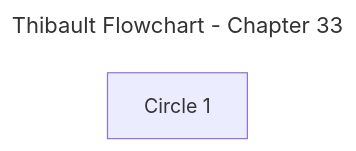
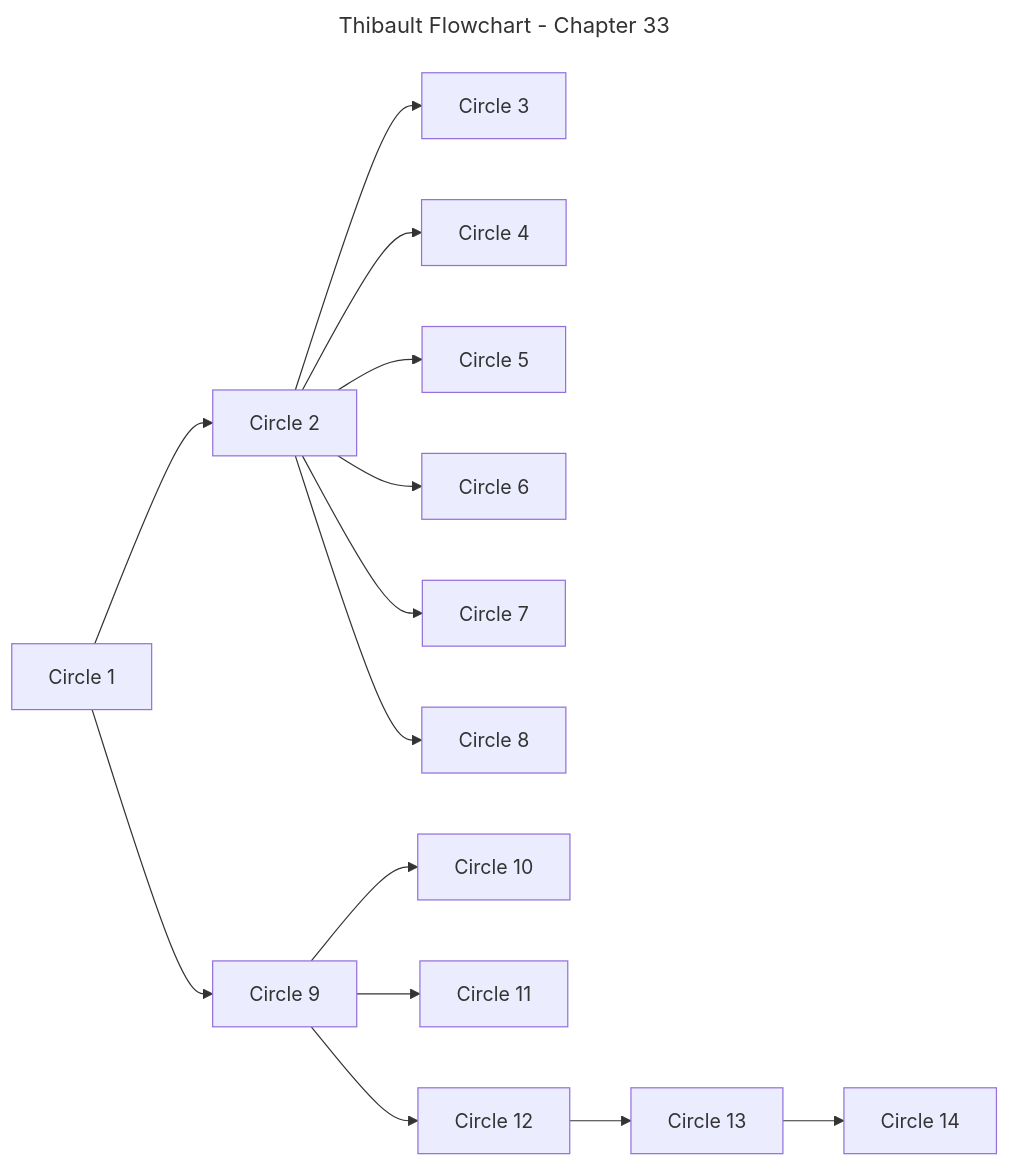
The diagram in flowchart-per-chapter/chapter-33.mmd (aquesnel/thibault-flowchart), drawn with Mermaid before and after one commit.

Commit message:
feat(ch33): initial flowchart of the circles

```diff
--- a/flowchart-per-chapter/chapter-33.mmd
+++ b/flowchart-per-chapter/chapter-33.mmd
@@ -1,10 +1,38 @@
 ---
 title: Thibault Flowchart - Chapter 33
 config:
   layout: dagre
   flowchart:
     htmlLabels: false
 ---
 flowchart LR
 	%% Nodes
 	B1_T33_C01["Circle 1"]
+	B1_T33_C02["Circle 2"]
+	B1_T33_C03["Circle 3"]
+	B1_T33_C04["Circle 4"]
+	B1_T33_C05["Circle 5"]
+	B1_T33_C06["Circle 6"]
+	B1_T33_C07["Circle 7"]
+	B1_T33_C08["Circle 8"]
+	B1_T33_C09["Circle 9"]
+	B1_T33_C10["Circle 10"]
+	B1_T33_C11["Circle 11"]
+	B1_T33_C12["Circle 12"]
+	B1_T33_C13["Circle 13"]
+	B1_T33_C14["Circle 14"]
+
+	%% Edges
+	B1_T33_C01 --> B1_T33_C02
+	B1_T33_C02 --> B1_T33_C03
+	B1_T33_C02 --> B1_T33_C04
+	B1_T33_C02 --> B1_T33_C05
+	B1_T33_C02 --> B1_T33_C06
+	B1_T33_C02 --> B1_T33_C07
+	B1_T33_C02 --> B1_T33_C08
+	B1_T33_C01 --> B1_T33_C09
+	B1_T33_C09 --> B1_T33_C10
+	B1_T33_C09 --> B1_T33_C11
+	B1_T33_C09 --> B1_T33_C12
+	B1_T33_C12 --> B1_T33_C13
+	B1_T33_C13 --> B1_T33_C14
```
